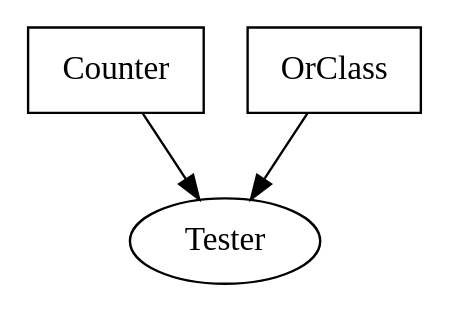
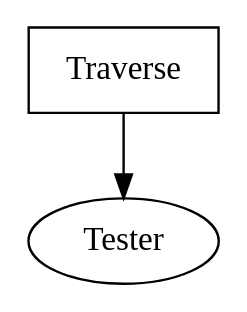
Before and after one commit to nanathostrup/RegExFPGA: the diagram in Project/output/network.dot, drawn with Graphviz. The commit also changed 87 other files, not shown here.

```diff
--- a/Project/output/network.dot
+++ b/Project/output/network.dot
@@ -1,6 +1,4 @@
 digraph sme_intro {
-"Counter" [shape=box];
-"OrClass" [shape=box];
-"Counter" -> "Tester";
-"OrClass" -> "Tester";
+"Traverse" [shape=box];
+"Traverse" -> "Tester";
 }
```
